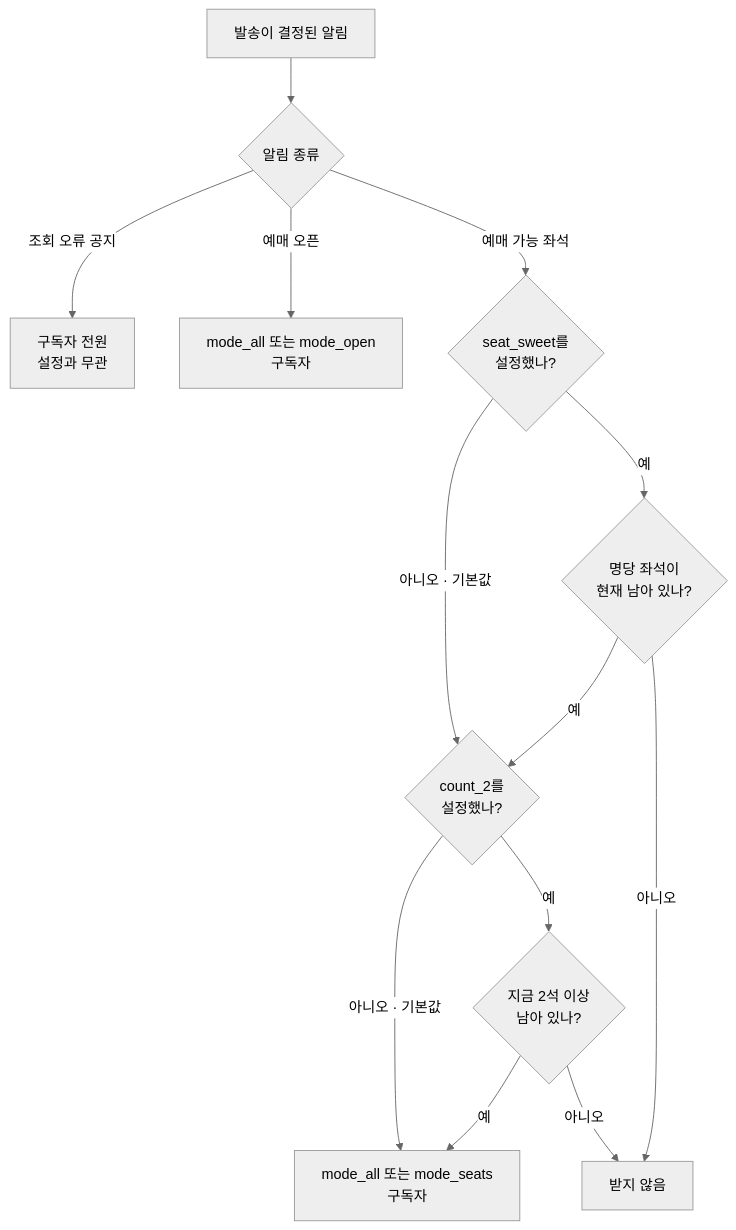
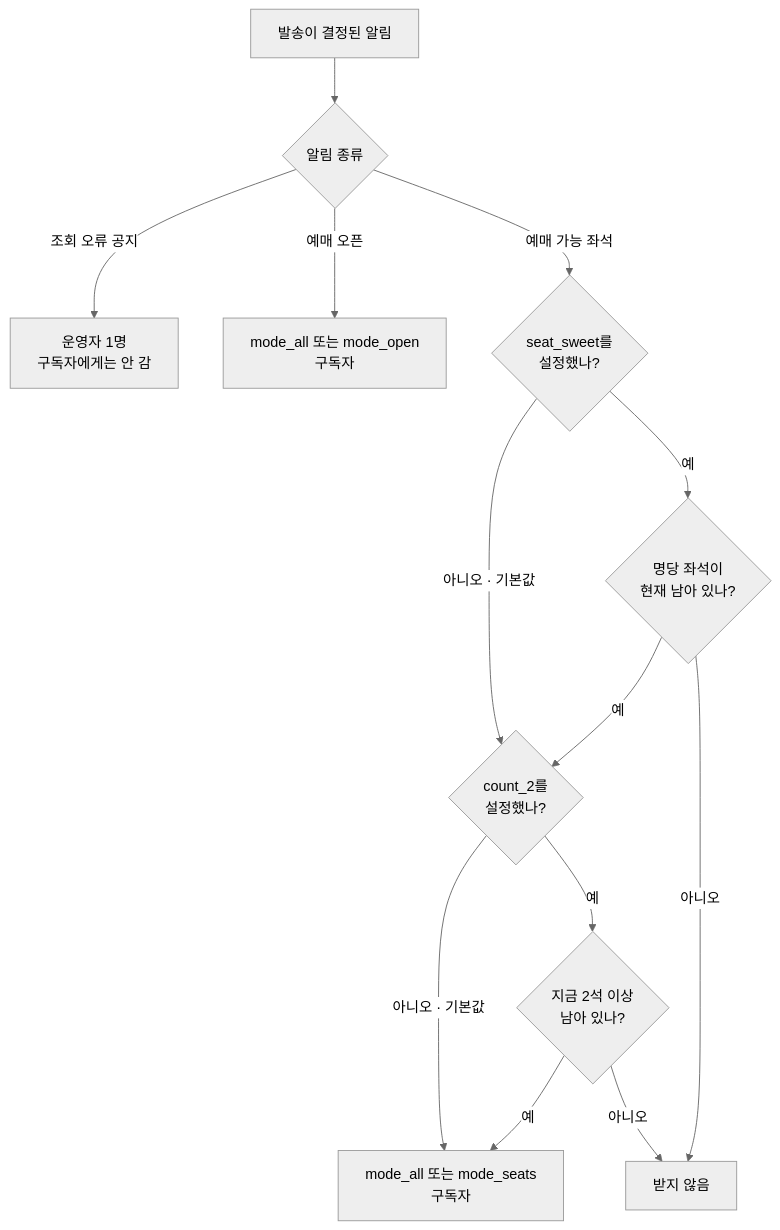
The fourth of 5 diagrams in docs/alert-flow.md (yuemyname/yongam-bot), drawn with Mermaid (neutral theme) before and after one commit. The commit also changed other lines of this file and 4 other files, not shown here.

````diff
--- a/docs/alert-flow.md
+++ b/docs/alert-flow.md
@@ -109,15 +111,15 @@
 ```mermaid
 flowchart TD
     A[발송이 결정된 알림] --> B{알림 종류}
-    B -->|조회 오류 공지| Z["구독자 전원<br/>설정과 무관"]
+    B -->|조회 오류 공지| Z["운영자 1명<br/>구독자에게는 안 감"]
     B -->|예매 오픈| C["mode_all 또는 mode_open<br/>구독자"]
     B -->|예매 가능 좌석| D{"seat_sweet를<br/>설정했나?"}
     D -->|아니오 · 기본값| I{"count_2를<br/>설정했나?"}
     D -->|예| H{"명당 좌석이<br/>현재 남아 있나?"}
     H -->|예| I
     H -->|아니오| F[받지 않음]
     I -->|아니오 · 기본값| G["mode_all 또는 mode_seats<br/>구독자"]
     I -->|예| J{"지금 2석 이상<br/>남아 있나?"}
     J -->|예| G
     J -->|아니오| F
 ```
````
